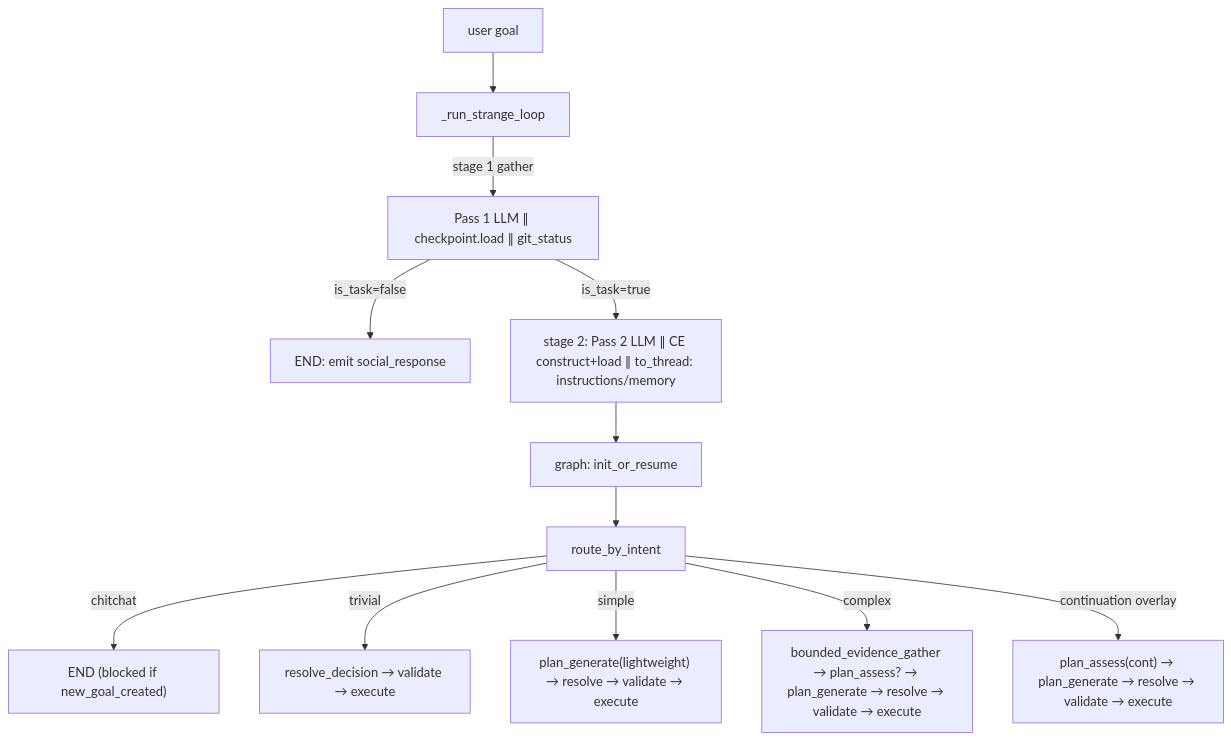
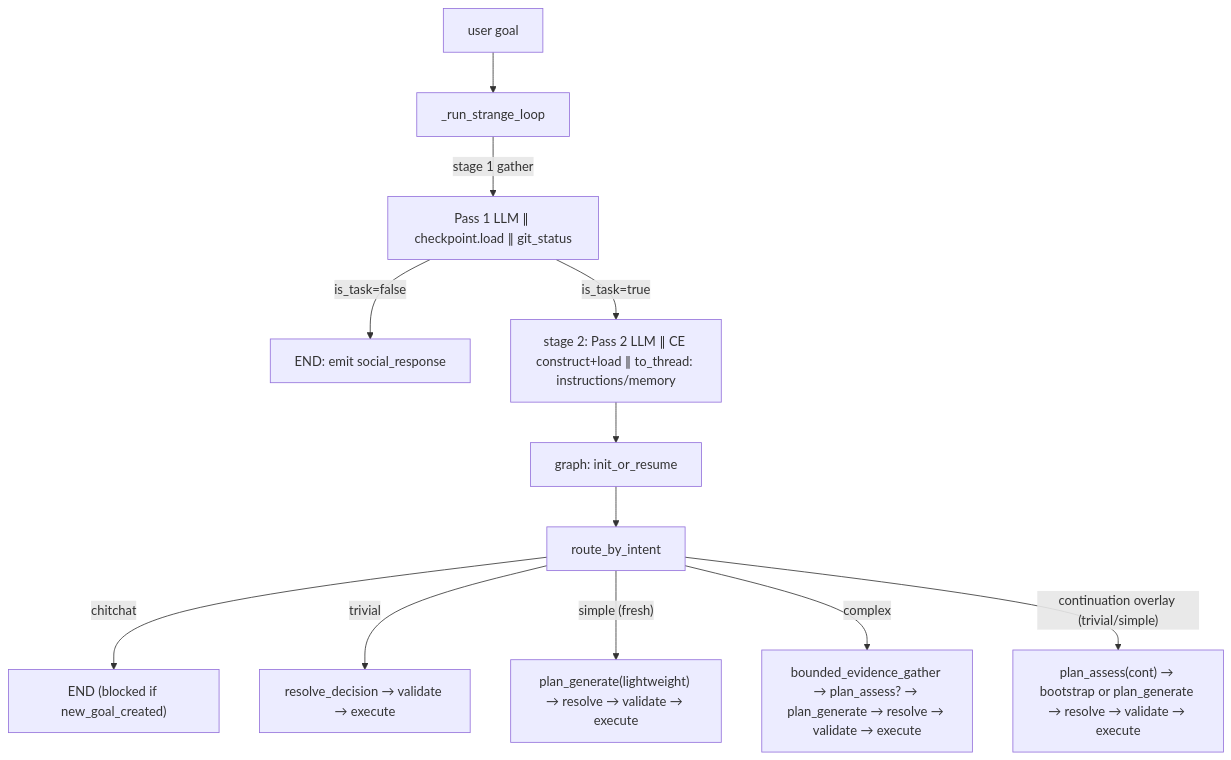
One commit to OpenSoothe/soothe changed the diagram in docs/specs/RFC-630-start-phase-llm-intake-and-branch-routing.md. Above: the diagram before and after it, drawn with Mermaid. The commit also changed other lines of this file and 8 other files, not shown here.

First line of the commit message:
Align RFC and wiki docs with continuation simple discriminator routing.

````diff
--- a/docs/specs/RFC-630-start-phase-llm-intake-and-branch-routing.md
+++ b/docs/specs/RFC-630-start-phase-llm-intake-and-branch-routing.md
@@ -97,14 +97,14 @@
 ```mermaid
 graph TB
     Goal["user goal"] --> Runner["_run_strange_loop"]
     Runner -->|"stage 1 gather"| G1["Pass 1 LLM ∥ checkpoint.load ∥ git_status"]
     G1 -->|"is_task=false"| QuizEND["END: emit social_response"]
     G1 -->|"is_task=true"| G2["stage 2: Pass 2 LLM ∥ CE construct+load ∥ to_thread: instructions/memory"]
     G2 --> Graph["graph: init_or_resume"]
     Graph --> Route["route_by_intent"]
     Route -->|"chitchat"| END["END (blocked if new_goal_created)"]
     Route -->|"trivial"| Trivial["resolve_decision → validate → execute"]
-    Route -->|"simple"| Simple["plan_generate(lightweight) → resolve → validate → execute"]
+    Route -->|"simple (fresh)"| Simple["plan_generate(lightweight) → resolve → validate → execute"]
     Route -->|"complex"| Complex["bounded_evidence_gather → plan_assess? → plan_generate → resolve → validate → execute"]
-    Route -->|"continuation overlay"| Cont["plan_assess(cont) → plan_generate → resolve → validate → execute"]
+    Route -->|"continuation overlay (trivial/simple)"| Cont["plan_assess(cont) → bootstrap or plan_generate → resolve → validate → execute"]
 ```
````
